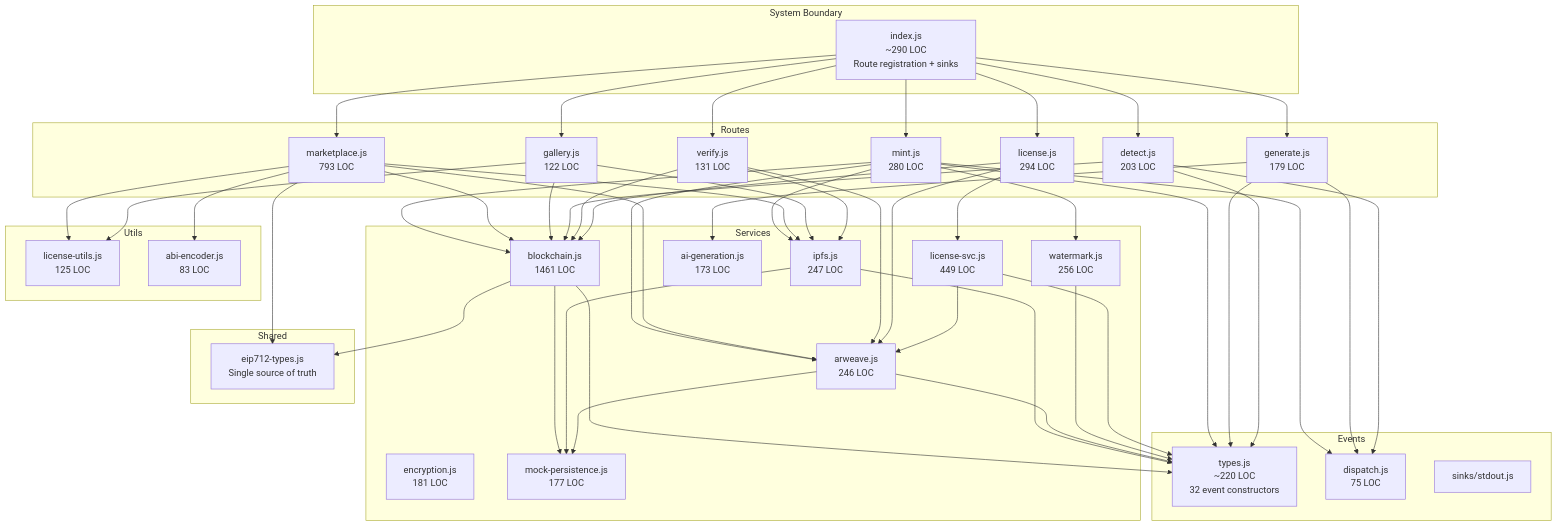
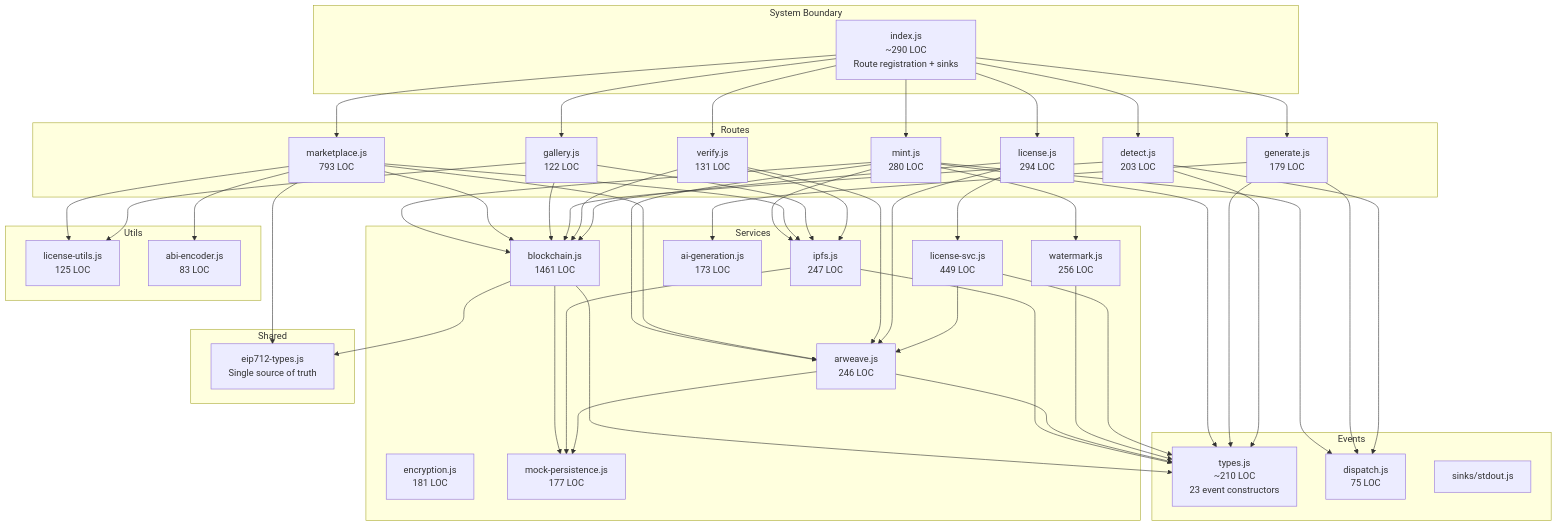
One commit to enspyrco/gateway changed the second of 5 diagrams in ARCHITECTURE.md. Above: the diagram before and after it, drawn with Mermaid. The commit also changed other lines of this file and 8 other files, not shown here.

````diff
--- a/ARCHITECTURE.md
+++ b/ARCHITECTURE.md
@@ -26,59 +26,59 @@
 ```mermaid
 graph TD
     subgraph "System Boundary"
         IDX["index.js<br/>~290 LOC<br/>Route registration + sinks"]
     end
 
     subgraph "Routes"
         MINT["mint.js<br/>280 LOC"]
         MKT["marketplace.js<br/>793 LOC"]
         GAL["gallery.js<br/>122 LOC"]
         GEN["generate.js<br/>179 LOC"]
         DET["detect.js<br/>203 LOC"]
         VER["verify.js<br/>131 LOC"]
         LIC["license.js<br/>294 LOC"]
     end
 
     subgraph "Services"
         BC["blockchain.js<br/>1461 LOC"]
         IPFS["ipfs.js<br/>247 LOC"]
         ARW["arweave.js<br/>246 LOC"]
         WM["watermark.js<br/>256 LOC"]
         AIGEN["ai-generation.js<br/>173 LOC"]
         LICS["license-svc.js<br/>449 LOC"]
         ENC["encryption.js<br/>181 LOC"]
         MOCK["mock-persistence.js<br/>177 LOC"]
     end
 
     subgraph "Events"
-        TYPES["types.js<br/>~220 LOC<br/>32 event constructors"]
+        TYPES["types.js<br/>~210 LOC<br/>23 event constructors"]
         DISP["dispatch.js<br/>75 LOC"]
         STDOUT["sinks/stdout.js"]
     end
 
     subgraph "Shared"
         EIP712["eip712-types.js<br/>Single source of truth"]
     end
 
     subgraph "Utils"
         LU["license-utils.js<br/>125 LOC"]
         ABI["abi-encoder.js<br/>83 LOC"]
     end
 
     IDX --> MINT & MKT & GAL & GEN & DET & VER & LIC
 
     MINT --> WM & IPFS & ARW & BC & TYPES & DISP
     MKT --> BC & IPFS & ARW & LU & ABI & EIP712
     BC --> EIP712
     GAL --> BC & IPFS & LU
     GEN --> AIGEN & TYPES & DISP
     DET --> BC & TYPES & DISP
     VER --> BC & ARW & IPFS
     LIC --> LICS & ARW & BC
 
     BC --> TYPES & MOCK
     IPFS --> TYPES & MOCK
     ARW --> TYPES & MOCK
     WM --> TYPES
     LICS --> ARW & TYPES
 ```
````
